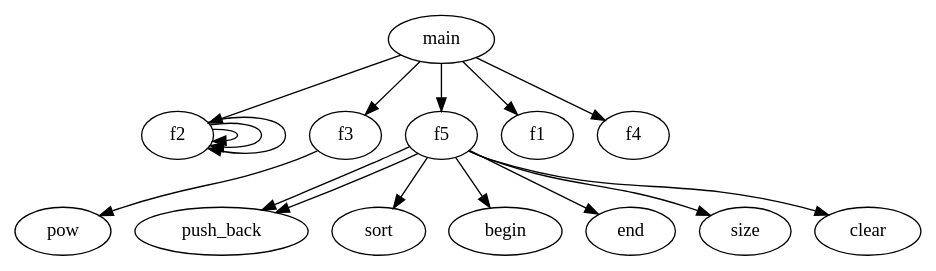
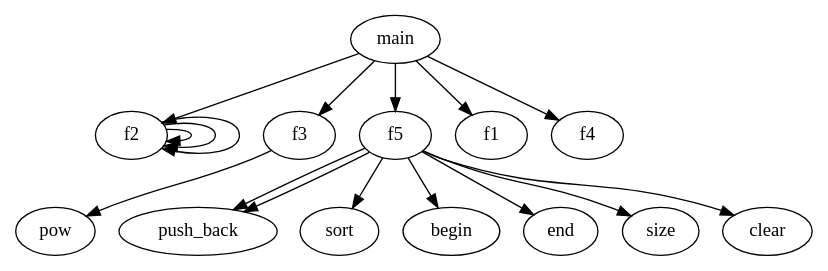
Before and after one commit to Melancholic/CPP_Simple_CallGraph: the diagram in out.dot, drawn with Graphviz. The commit also changed 2 other files, not shown here.

```diff
--- a/out.dot
+++ b/out.dot
@@ -1,2 +1,18 @@
 digraph gr{
-" f2 " -> " f2 " ;" f2 " -> " f2 " ;" f2 " -> " f2 " ;" f3 " -> " pow " ;" f5 " -> " push_back " ;" f5 " -> " push_back " ;" f5 " -> " sort " ;" f5 " -> " begin " ;" f5 " -> " end " ;" f5 " -> " size " ;" f5 " -> " clear " ;" main " -> " f1 " ;" main " -> " f2 " ;" main " -> " f3 " ;" main " -> " f4 " ;" main " -> " f5 " ;}
+"f2"->"f2";
+"f2"->"f2";
+"f2"->"f2";
+"f3"->"pow";
+"f5"->"push_back";
+"f5"->"push_back";
+"f5"->"sort";
+"f5"->"begin";
+"f5"->"end";
+"f5"->"size";
+"f5"->"clear";
+"main"->"f1";
+"main"->"f2";
+"main"->"f3";
+"main"->"f4";
+"main"->"f5";
+}
```
